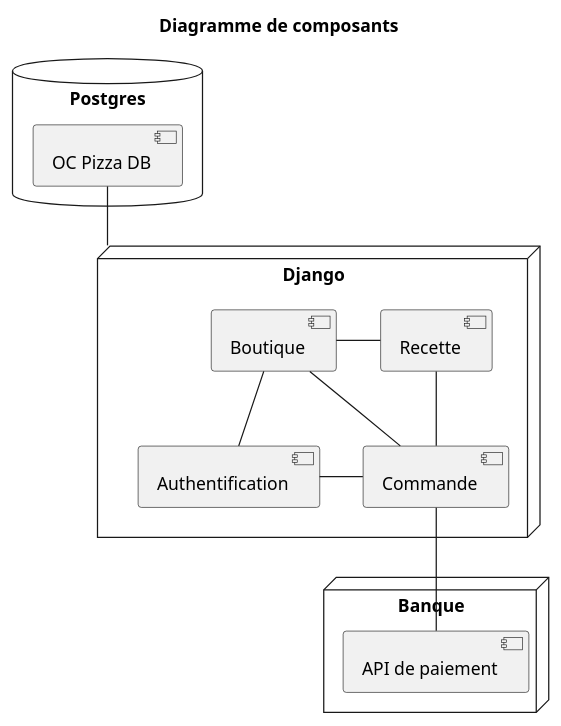
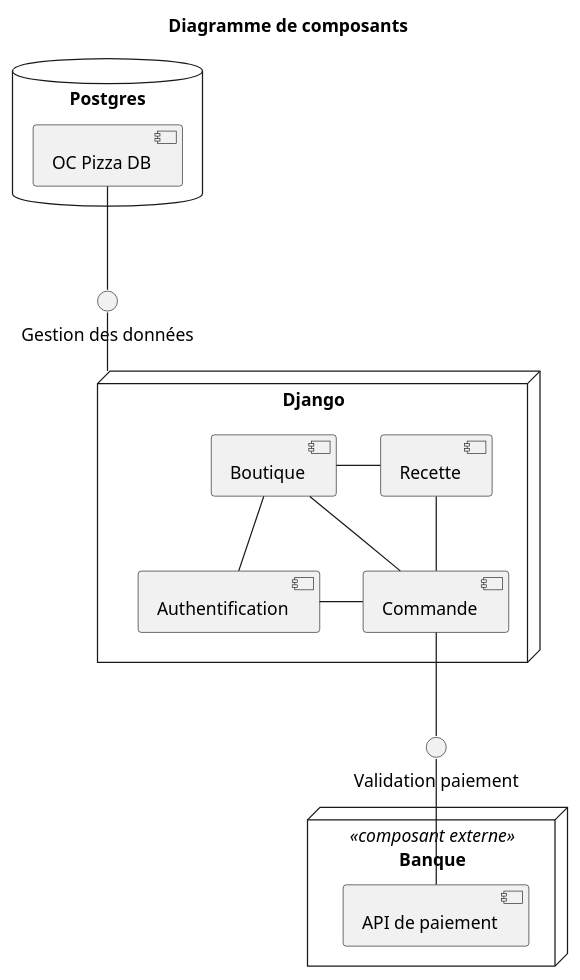
One commit to Zepmanbc/oc_dapython_pr6 changed the diagram in doc/uml/08_diagram_component.puml. Above: the diagram before and after it, drawn with PlantUML. The commit also changed 3 other files, not shown here.

Commit message:
ajout des protocoles sur deployment ajout des intératcion sur composant

```diff
--- a/doc/uml/08_diagram_component.puml
+++ b/doc/uml/08_diagram_component.puml
@@ -1,28 +1,30 @@
 @startuml 08_diagram_component
 title Diagramme de composants
 
 node Django {
     [Authentification]
     [Commande]
     [Boutique]
     [Recette]
 }
 database Postgres {
     [OC Pizza DB]
 }
 
-node Banque {
+node Banque <<composant externe>> {
     [API de paiement]
 }
 
-[Commande] -- [API de paiement]
+[Commande] -- () "Validation paiement"
+() "Validation paiement" -- [API de paiement]
 
-[OC Pizza DB] -- Django
+[OC Pizza DB] -- () "Gestion des données"
+() "Gestion des données" -- Django
 
 [Boutique] - [Recette]
 [Authentification] - [Commande]
 [Boutique] -- [Authentification]
 [Recette] -- [Commande]
 [Boutique] -- [Commande]
 
 @enduml
```
